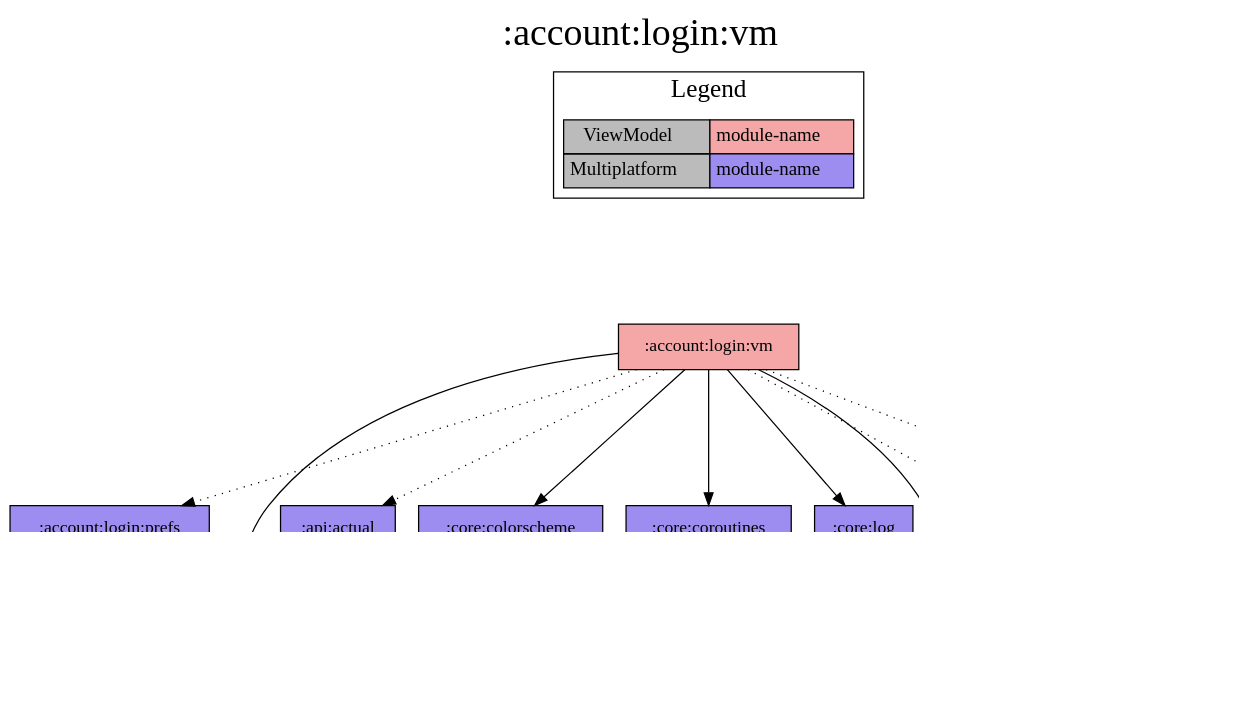
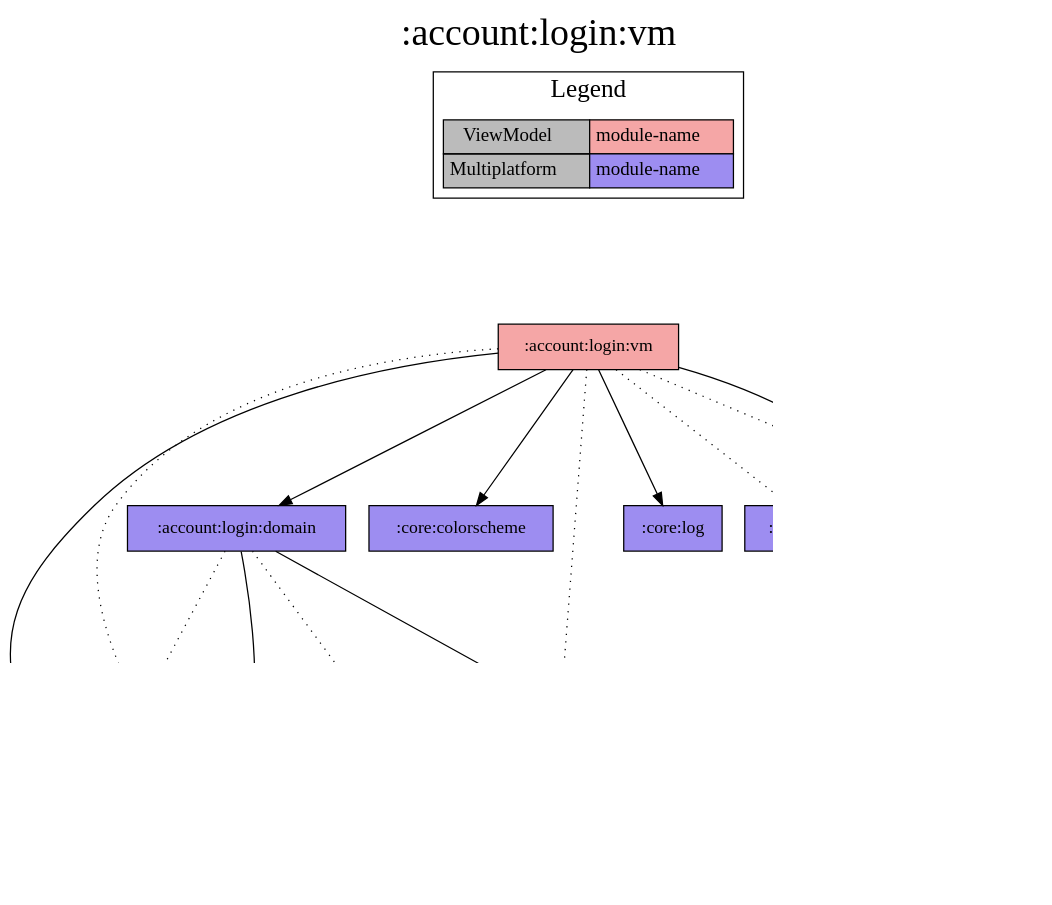
Before and after one commit to jonapoul/aktual: the diagram in modules/account/login/vm/project-dependency-graph.dot, drawn with Graphviz. The commit also changed 70 other files, not shown here.

```diff
--- a/modules/account/login/vm/project-dependency-graph.dot
+++ b/modules/account/login/vm/project-dependency-graph.dot
@@ -1,44 +1,49 @@
 digraph {
 edge ["dir"="forward"]
 graph ["dpi"="100","label"=":account:login:vm","labelloc"="t","fontsize"="30","ranksep"="1.5","rankdir"="TB"]
 node ["style"="filled"]
+":account:login:domain" ["fillcolor"="#9D8DF1","shape"="box"]
 ":account:login:prefs" ["fillcolor"="#9D8DF1","shape"="box"]
 ":account:login:vm" ["fillcolor"="#F5A6A6","shape"="box"]
 ":account:model" ["fillcolor"="#9D8DF1","shape"="box"]
 ":api:actual" ["fillcolor"="#9D8DF1","shape"="box"]
 ":core:buildconfig" ["fillcolor"="#9D8DF1","shape"="box"]
 ":core:colorscheme" ["fillcolor"="#9D8DF1","shape"="box"]
 ":core:coroutines" ["fillcolor"="#9D8DF1","shape"="box"]
 ":core:log" ["fillcolor"="#9D8DF1","shape"="box"]
 ":core:versions" ["fillcolor"="#9D8DF1","shape"="box"]
 ":url:model" ["fillcolor"="#9D8DF1","shape"="box"]
 ":url:prefs" ["fillcolor"="#9D8DF1","shape"="box"]
 {
 edge ["dir"="none"]
 graph ["rank"="same"]
 }
+":account:login:domain" -> ":account:login:prefs" ["style"="dotted"]
+":account:login:domain" -> ":account:model"
+":account:login:domain" -> ":api:actual" ["style"="dotted"]
+":account:login:domain" -> ":core:coroutines"
 ":account:login:prefs" -> ":account:model"
+":account:login:vm" -> ":account:login:domain"
 ":account:login:vm" -> ":account:login:prefs" ["style"="dotted"]
 ":account:login:vm" -> ":account:model"
-":account:login:vm" -> ":api:actual" ["style"="dotted"]
 ":account:login:vm" -> ":core:colorscheme"
-":account:login:vm" -> ":core:coroutines"
+":account:login:vm" -> ":core:coroutines" ["style"="dotted"]
 ":account:login:vm" -> ":core:log"
 ":account:login:vm" -> ":core:versions" ["style"="dotted"]
 ":account:login:vm" -> ":url:model"
 ":account:login:vm" -> ":url:prefs" ["style"="dotted"]
 ":api:actual" -> ":account:model"
 ":api:actual" -> ":url:model"
 ":core:versions" -> ":core:buildconfig"
 ":url:prefs" -> ":url:model"
 subgraph "cluster_legend" {
 edge ["dir"="none"]
 graph ["label"="Legend","fontsize"="20"]
 "Legend" ["style"="filled","fillcolor"="#bbbbbb","shape"="none","margin"="0","fontsize"="15","label"=<
 <TABLE BORDER="0" CELLBORDER="1" CELLSPACING="0" CELLPADDING="4">
 <TR><TD>ViewModel</TD><TD BGCOLOR="#F5A6A6">module-name</TD></TR>
 <TR><TD>Multiplatform</TD><TD BGCOLOR="#9D8DF1">module-name</TD></TR>
 </TABLE>
 >]
 } -> ":account:login:vm" ["style"="invis"]
 }
```
